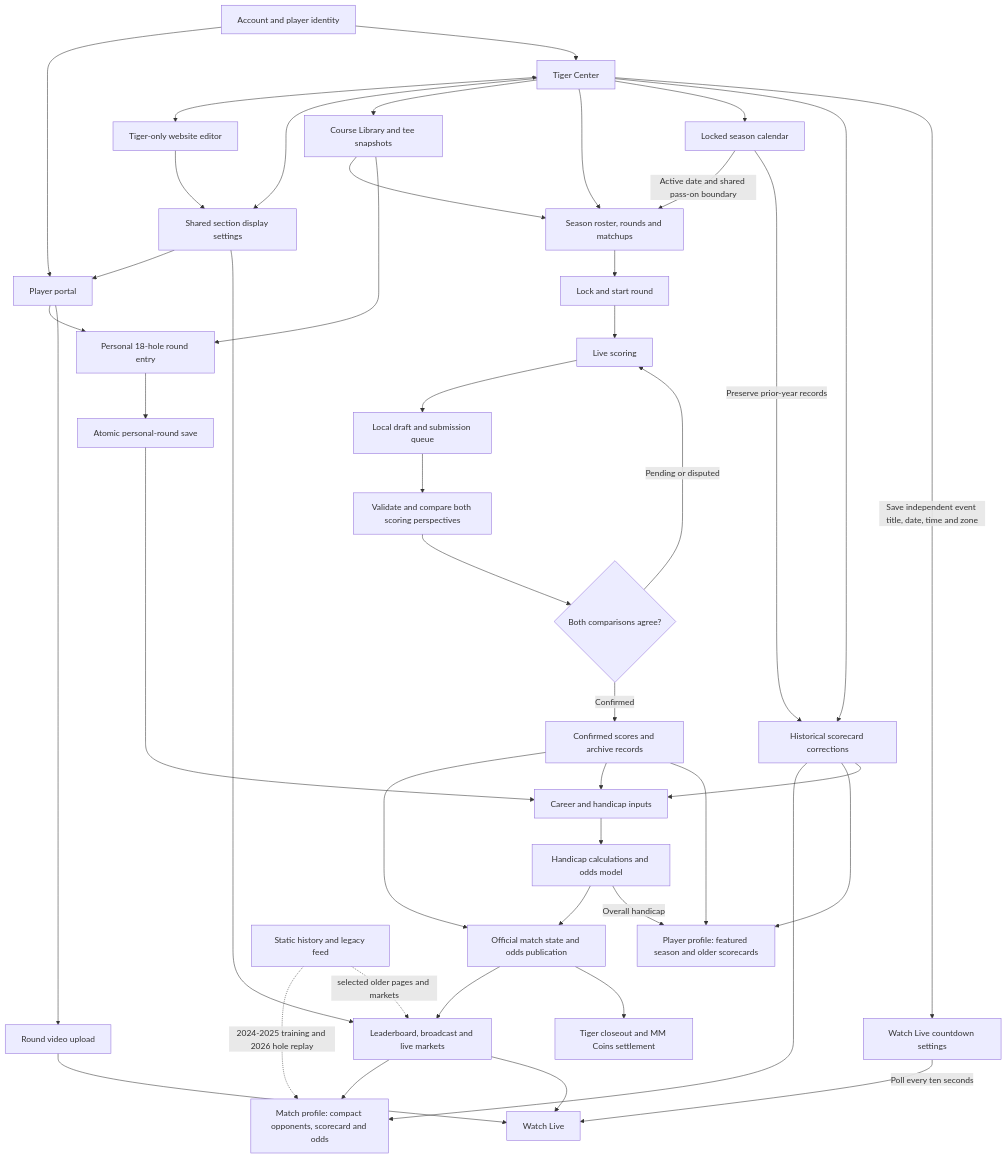
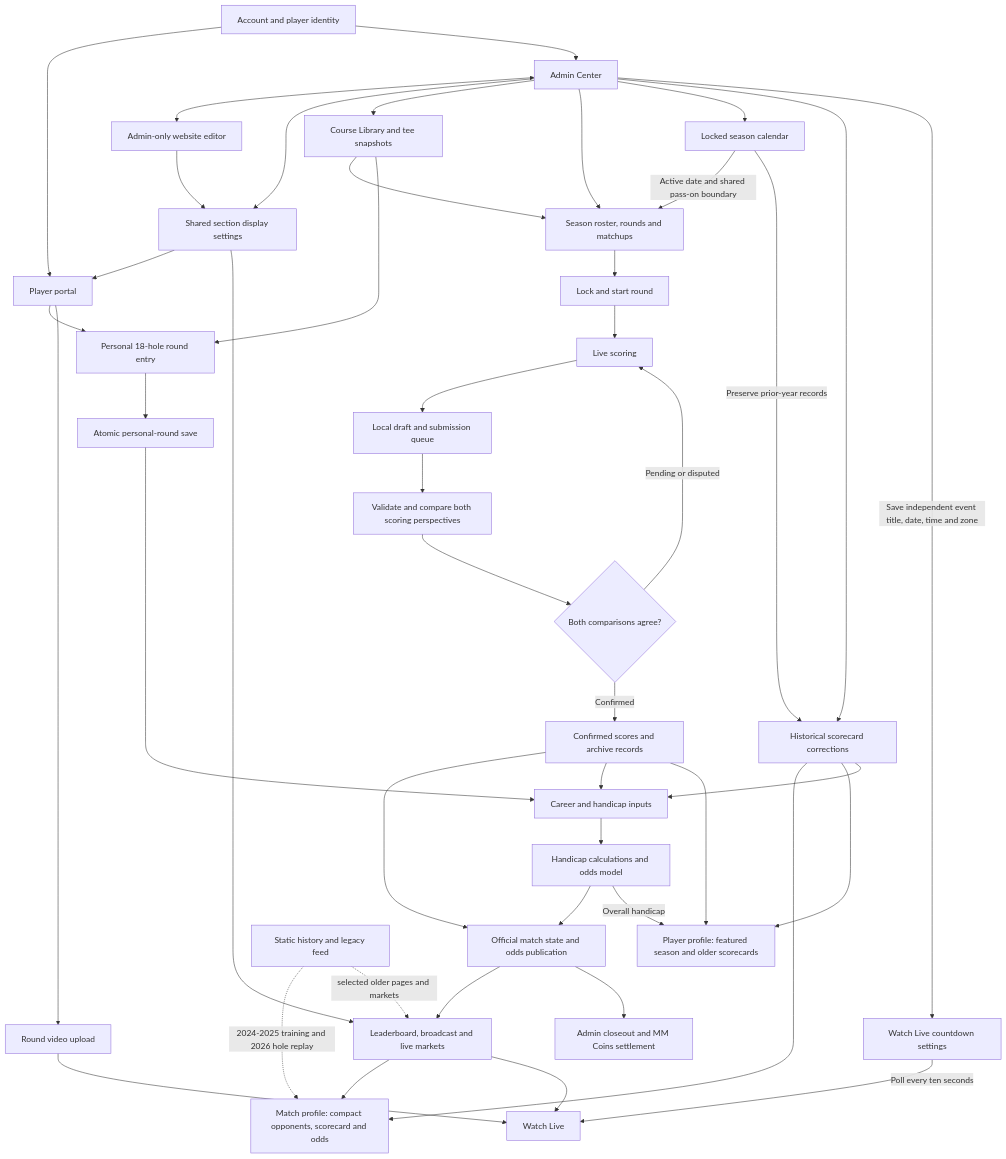
One commit to cadebarone00/MM-Website changed the diagram in docs/app-workflow.md. Above: the diagram before and after it, drawn with Mermaid. The commit also changed other lines of this file and 365 other files, not shown here.

```diff
--- a/docs/app-workflow.md
+++ b/docs/app-workflow.md
@@ -20,7 +20,7 @@
   %% Public Players directory: Maroon, White, Unassigned and Stats; mobile selectors use compact spacing. Stats merges static profiles, roster identities and public registered names into an alphabetical table with pinned names and twelve scrolling placeholder columns contained within the viewport.
   %% Home Teams year pill uses the Match Play expanding selector: inline year choices, collapse on selection or outside click, scrolling for longer year lists.
   %% Home Teams year pill selects archived 2024-2026 rosters or confirmed native assignments; ten-second refresh restores team-specific TBD slots up to six per side except the four-player 2024-2025 archives. Names face the center; blank MM Hcp, Sc. Avg., and TPE columns mirror outward without grid lines.
-  %% Page and major section titles share the official Spectral Bold Maroon Masters title font.
+  %% Page and major section titles share the official Spectral Bold Maroon Tournament title font.
   %% Home-screen bookmarks use the supplied metallic gold artwork with a maroon left M and white right M; Apple icon metadata and Android manifest supply resized PNG assets.
   %% Optional password-status migration derives player_slots.password_created from the linked Auth password credential; deployment pending.
   %% Verified password setup displays the account username and authentication email above the password field.
@@ -29,12 +29,12 @@
   %% Accordion date/session labels are explicitly positioned below the top overlay and remain horizontal in every panel.
   %% Schedule landing and accordion are fixed edge-to-edge viewports; Photo Library shows non-main imported images for the active course.
   %% Schedule landing at /schedule uses the supplied Mission Hills photo and four January 6-9 links into an eight-session photo accordion with all eight desktop strips visible and the active panel at 50% width. The 2026 data source stays live until its calendar pass-on.
-  %% Season timing overview match boxes show both sides' player names, armed/live/archive badges, and hover/tap workflow timing from live Tiger-created match boxes or checked-in historical matchup data.
+  %% Season timing overview match boxes show both sides' player names, armed/live/archive badges, and hover/tap workflow timing from live Admin-created match boxes or checked-in historical matchup data.
   %% Session course setup keeps one base rating/slope tee and stores per-hole played tee names/yardages for live scoring display.
   A[Account and player identity] --> P[Player portal]
-  A --> T[Tiger Center]
-  %% Tiger Center renders the season timing overview last, after year-specific setup and global tools.
-  T <--> WE[Tiger-only website editor]
+  A --> T[Admin Center]
+  %% Admin Center renders the season timing overview last, after year-specific setup and global tools.
+  T <--> WE[Admin-only website editor]
   WE --> WS[Shared section display settings]
   T --> WS
   WS --> P
@@ -71,7 +71,7 @@
   B --> MP[Match profile: compact opponents, scorecard and odds]
   %% Match Back links return to the match day; leaderboard day selection lives in the URL for browser Back and reloads.
   Z -. 2024-2025 training and 2026 hole replay .-> MP
-  O --> F[Tiger closeout and MM Coins settlement]
+  O --> F[Admin closeout and MM Coins settlement]
   %% My Handicap score list shows only the order dropdown followed by scores; explanatory paragraphs are removed.
   %% White-team portal navigation area has a maroon backdrop behind Submit a score and the four navigation rows.
   %% Portal Profile, Career, Round video and Wagers rows use their named supplied photos with white labels, individual gold outlines, and spacing between selections.
```
